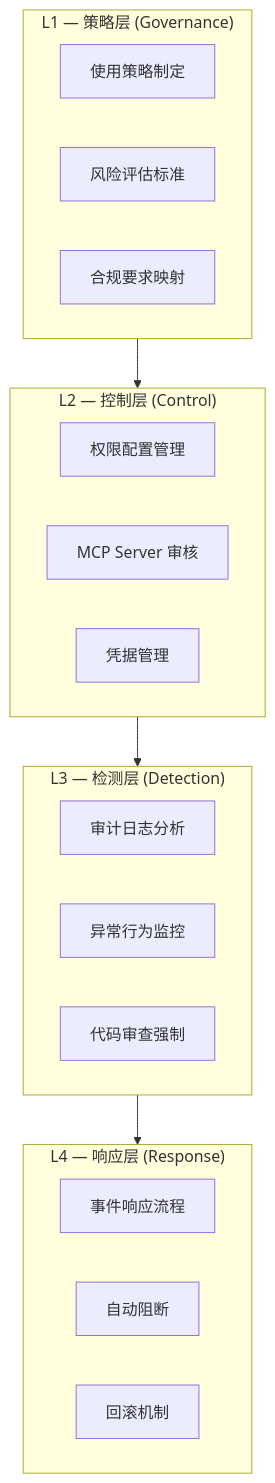
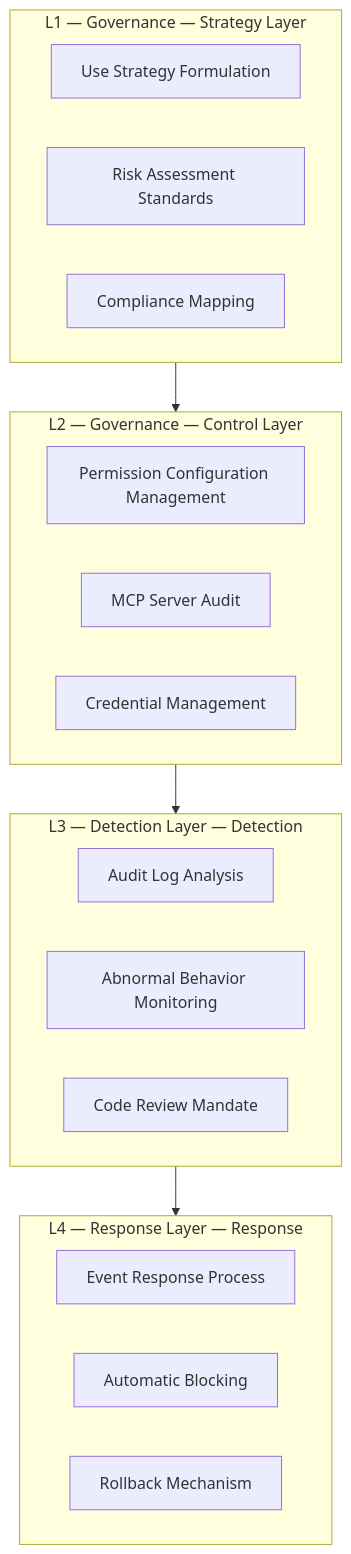
The diagram in tree/infrastructure/kubernetes/ai/ai-agents/27-agent-cli-security-governance.md (teaglebuilt/knowledge-tree), drawn with Mermaid before and after one commit. The commit also changed other lines of this file and 1 other file, not shown here.

````diff
--- a/tree/infrastructure/kubernetes/ai/ai-agents/27-agent-cli-security-governance.md
+++ b/tree/infrastructure/kubernetes/ai/ai-agents/27-agent-cli-security-governance.md
@@ -247,30 +250,30 @@
 ```mermaid
 graph TB
-    subgraph L1["L1 — 策略层 (Governance)"]
-        P1["使用策略制定"]
-        P2["风险评估标准"]
-        P3["合规要求映射"]
+    subgraph L1["L1 — Governance — Strategy Layer"]
+        P1["Use Strategy Formulation"]
+        P2["Risk Assessment Standards"]
+        P3["Compliance Mapping"]
     end
     
-    subgraph L2["L2 — 控制层 (Control)"]
-        C1["权限配置管理"]
-        C2["MCP Server 审核"]
-        C3["凭据管理"]
+    subgraph L2["L2 — Governance — Control Layer"]
+        C1["Permission Configuration Management"]
+        C2["MCP Server Audit"]
+        C3["Credential Management"]
     end
     
-    subgraph L3["L3 — 检测层 (Detection)"]
-        D1["审计日志分析"]
-        D2["异常行为监控"]
-        D3["代码审查强制"]
+    subgraph L3["L3 — Detection Layer — Detection"]
+        D1["Audit Log Analysis"]
+        D2["Abnormal Behavior Monitoring"]
+        D3["Code Review Mandate"]
     end
     
-    subgraph L4["L4 — 响应层 (Response)"]
-        R1["事件响应流程"]
-        R2["自动阻断"]
-        R3["回滚机制"]
+    subgraph L4["L4 — Response Layer — Response"]
+        R1["Event Response Process"]
+        R2["Automatic Blocking"]
+        R3["Rollback Mechanism"]
     end
     
     L1 --> L2
     L2 --> L3
     L3 --> L4
 ```
````
